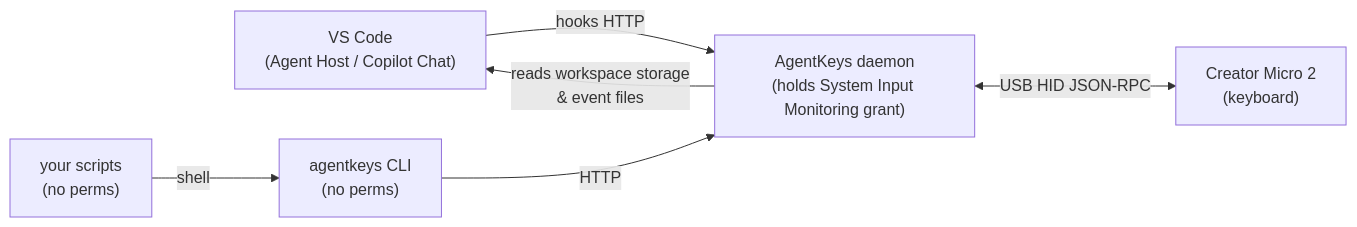
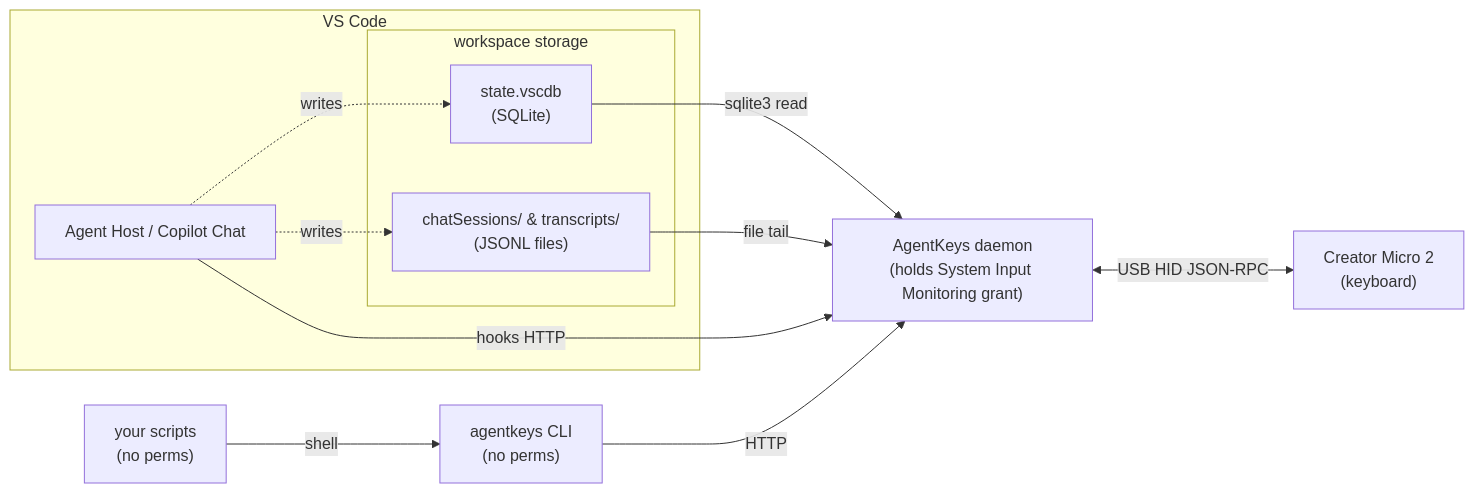
Before and after one commit to okko/micro2-agent-keys: the diagram in README.md, drawn with Mermaid.

Commit message:
Update diagram

````diff
--- a/README.md
+++ b/README.md
@@ -54,14 +54,23 @@
 ```mermaid
 flowchart LR
-    VS["VS Code\n(Agent Host / Copilot Chat)"]
+    subgraph vsc["VS Code"]
+        VS["Agent Host / Copilot Chat"]
+        subgraph ws["workspace storage"]
+            vscdb["state.vscdb\n(SQLite)"]
+            jsonl["chatSessions/ & transcripts/\n(JSONL files)"]
+        end
+    end
     scripts["your scripts\n(no perms)"]
     cli["agentkeys CLI\n(no perms)"]
     daemon["AgentKeys daemon\n(holds System Input Monitoring grant)"]
     keyboard["Creator Micro 2\n(keyboard)"]
 
+    VS -.->|writes| vscdb
+    VS -.->|writes| jsonl
+    vscdb -->|sqlite3 read| daemon
+    jsonl -->|file tail| daemon
     VS -->|hooks HTTP| daemon
-    daemon -->|reads workspace storage\n& event files| VS
     scripts -->|shell| cli
     cli -->|HTTP| daemon
     daemon <-->|USB HID JSON-RPC| keyboard
 ```
````
